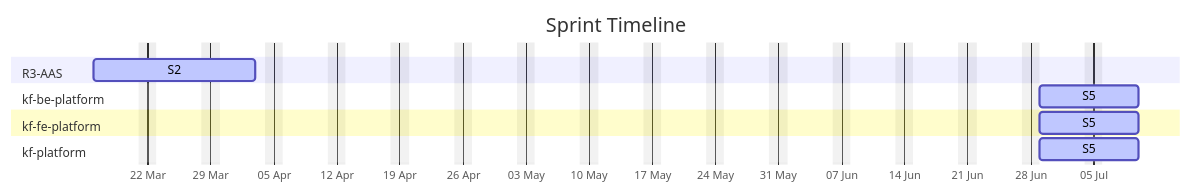
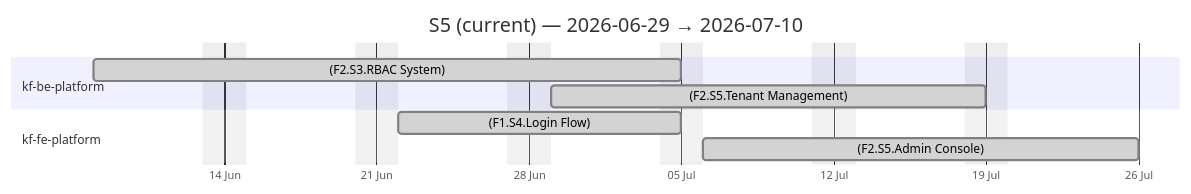
Before and after one commit to Katty-Fashion/kf-cpto: the third of 4 diagrams in docs/agile-sprints.md, drawn with Mermaid. The commit also changed other lines of this file and 12 other files, not shown here.

````diff
--- a/docs/agile-sprints.md
+++ b/docs/agile-sprints.md
@@ -10,16 +63,14 @@
 ```mermaid
 gantt
-    title Sprint Timeline
+    title S5 (current) — 2026-06-29 → 2026-07-10
     dateFormat YYYY-MM-DD
     axisFormat %d %b
     excludes weekends
 
-    section R3-AAS
-    S2 :active, 2026-03-16, 2026-04-03
     section kf-be-platform
-    S5 :active, 2026-06-29, 2026-07-10
+    (F2.S3.RBAC System) :done, 2026-06-08, 2026-07-05
+    (F2.S5.Tenant Management) :done, 2026-06-29, 2026-07-19
     section kf-fe-platform
-    S5 :active, 2026-06-29, 2026-07-10
-    section kf-platform
-    S5 :active, 2026-06-29, 2026-07-10
+    (F1.S4.Login Flow) :done, 2026-06-22, 2026-07-05
+    (F2.S5.Admin Console) :done, 2026-07-06, 2026-07-26
 ```
````
